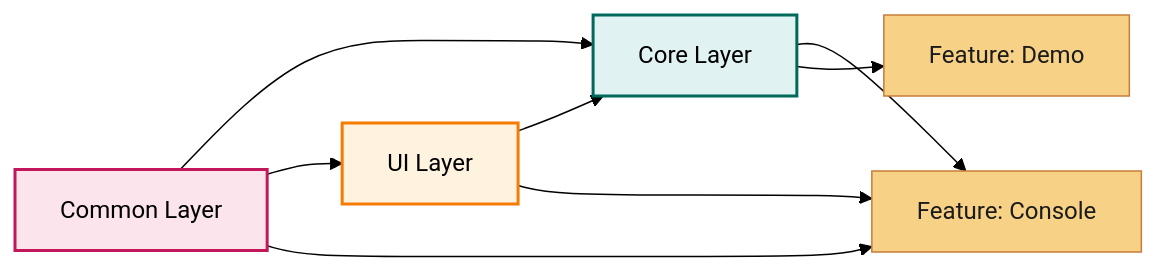
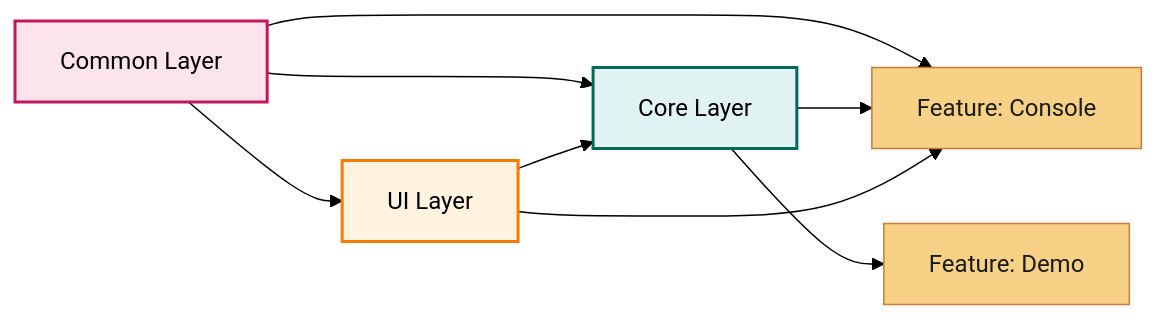
Before and after one commit to hhumbetovv/fullstack-template: the diagram in flutter/build_info/layers.md, drawn with Mermaid (forest theme). The commit also changed other lines of this file and 21 other files, not shown here.

````diff
--- a/flutter/build_info/layers.md
+++ b/flutter/build_info/layers.md
@@ -3,25 +3,25 @@
 ```mermaid
 graph LR
     group_Core_Layer["Core Layer"]
     class group_Core_Layer core
     group_Common_Layer["Common Layer"]
     class group_Common_Layer common
     group_UI_Layer["UI Layer"]
     class group_UI_Layer ui
     group_Feature__Console["Feature: Console"]
     class group_Feature__Console feature
     group_Feature__Demo["Feature: Demo"]
     class group_Feature__Demo feature
     group_Common_Layer --> group_Core_Layer
     group_UI_Layer --> group_Core_Layer
     group_Common_Layer --> group_UI_Layer
+    group_Common_Layer --> group_Feature__Console
     group_Core_Layer --> group_Feature__Console
-    group_Common_Layer --> group_Feature__Console
     group_UI_Layer --> group_Feature__Console
     group_Core_Layer --> group_Feature__Demo
 
     classDef ui fill:#fff3e0,stroke:#f57c00,stroke-width:2px,color:#000000;
     classDef common fill:#fce4ec,stroke:#c2185b,stroke-width:2px,color:#000000;
     classDef core fill:#e0f2f1,stroke:#00695c,stroke-width:2px,color:#000000;
     classDef feature fill:#f6d186,stroke:#c77d39,color:#1b1b1b;
 ```
````
